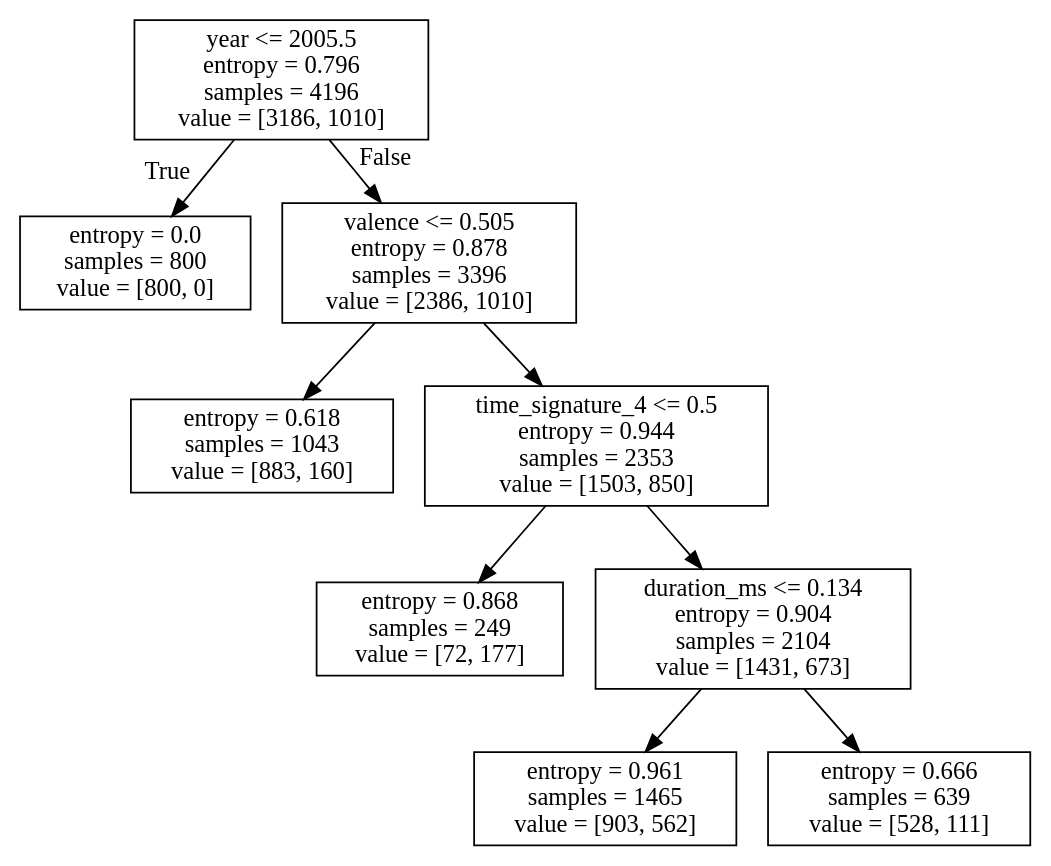
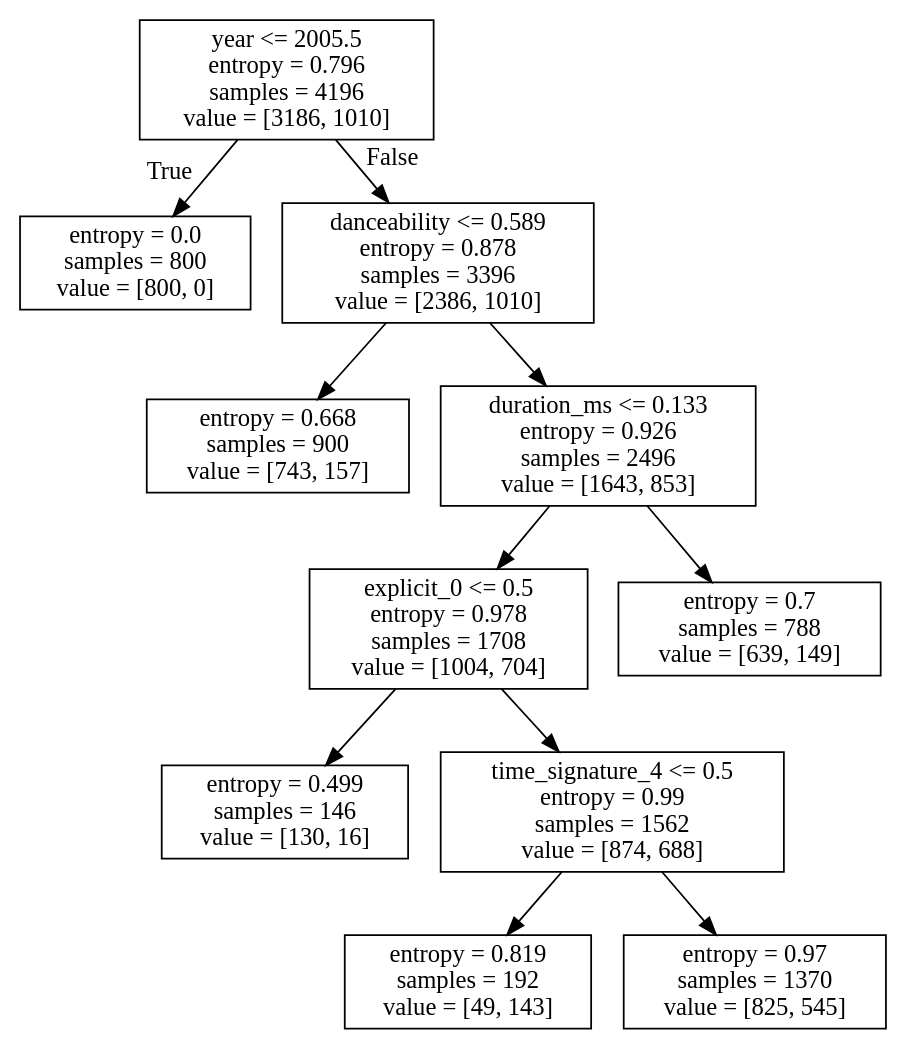
One commit to CrystalCo/audio_features_popularity_classifiers changed the diagram in latin_DT.dot. Above: the diagram before and after it, drawn with Graphviz. The commit also changed 49 other files, not shown here.

```diff
--- a/latin_DT.dot
+++ b/latin_DT.dot
@@ -1,20 +1,24 @@
 digraph Tree {
 node [shape=box] ;
 0 [label="year <= 2005.5\nentropy = 0.796\nsamples = 4196\nvalue = [3186, 1010]"] ;
 1 [label="entropy = 0.0\nsamples = 800\nvalue = [800, 0]"] ;
 0 -> 1 [labeldistance=2.5, labelangle=45, headlabel="True"] ;
-2 [label="valence <= 0.505\nentropy = 0.878\nsamples = 3396\nvalue = [2386, 1010]"] ;
+2 [label="danceability <= 0.589\nentropy = 0.878\nsamples = 3396\nvalue = [2386, 1010]"] ;
 0 -> 2 [labeldistance=2.5, labelangle=-45, headlabel="False"] ;
-3 [label="entropy = 0.618\nsamples = 1043\nvalue = [883, 160]"] ;
+3 [label="entropy = 0.668\nsamples = 900\nvalue = [743, 157]"] ;
 2 -> 3 ;
-4 [label="time_signature_4 <= 0.5\nentropy = 0.944\nsamples = 2353\nvalue = [1503, 850]"] ;
+4 [label="duration_ms <= 0.133\nentropy = 0.926\nsamples = 2496\nvalue = [1643, 853]"] ;
 2 -> 4 ;
-5 [label="entropy = 0.868\nsamples = 249\nvalue = [72, 177]"] ;
+5 [label="explicit_0 <= 0.5\nentropy = 0.978\nsamples = 1708\nvalue = [1004, 704]"] ;
 4 -> 5 ;
-6 [label="duration_ms <= 0.134\nentropy = 0.904\nsamples = 2104\nvalue = [1431, 673]"] ;
-4 -> 6 ;
-7 [label="entropy = 0.961\nsamples = 1465\nvalue = [903, 562]"] ;
-6 -> 7 ;
-8 [label="entropy = 0.666\nsamples = 639\nvalue = [528, 111]"] ;
-6 -> 8 ;
+6 [label="entropy = 0.499\nsamples = 146\nvalue = [130, 16]"] ;
+5 -> 6 ;
+7 [label="time_signature_4 <= 0.5\nentropy = 0.99\nsamples = 1562\nvalue = [874, 688]"] ;
+5 -> 7 ;
+8 [label="entropy = 0.819\nsamples = 192\nvalue = [49, 143]"] ;
+7 -> 8 ;
+9 [label="entropy = 0.97\nsamples = 1370\nvalue = [825, 545]"] ;
+7 -> 9 ;
+10 [label="entropy = 0.7\nsamples = 788\nvalue = [639, 149]"] ;
+4 -> 10 ;
 }
```
